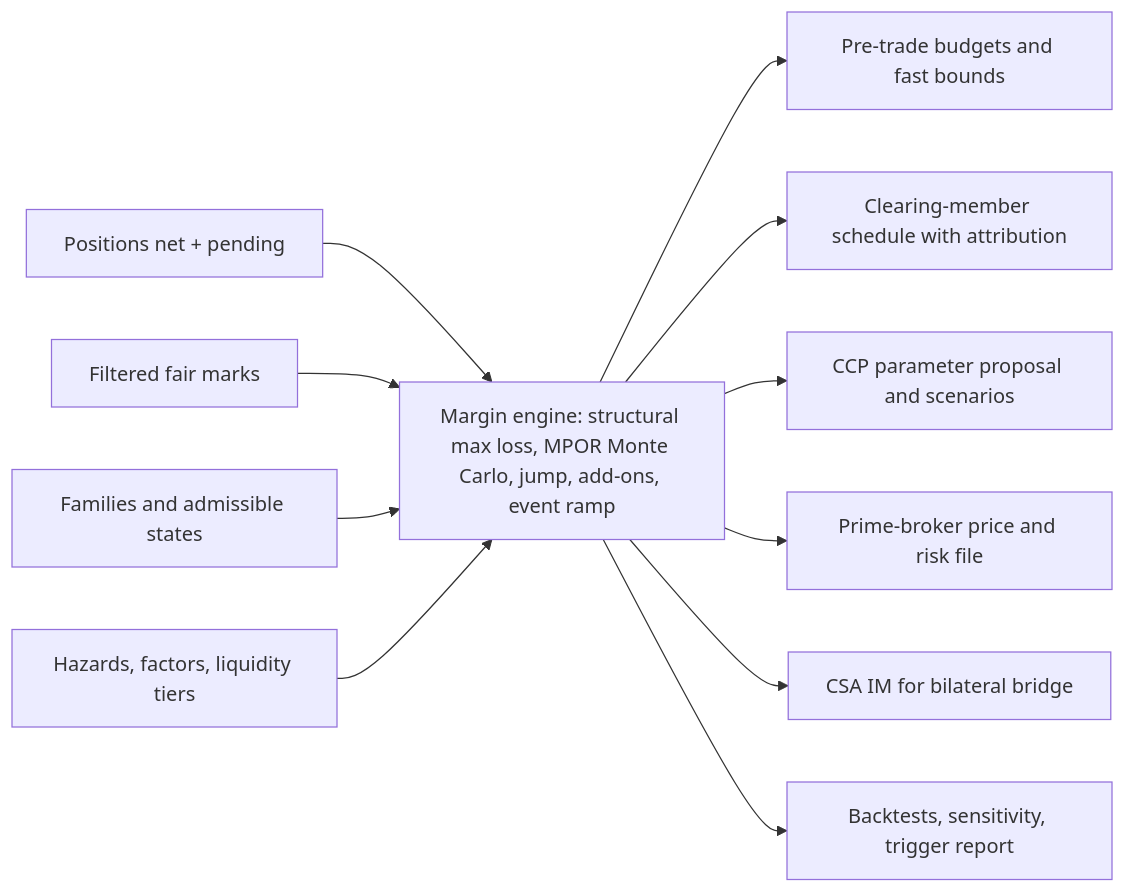
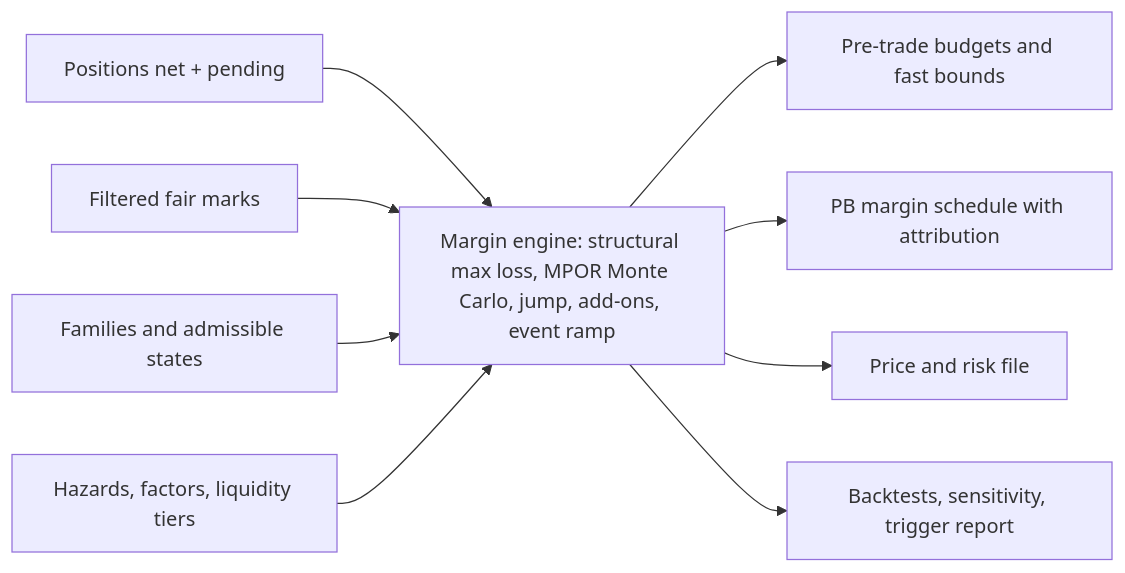
One commit to LevonDerma1221/swans-docs changed the third of 7 diagrams in docs/diagrams.md. Above: the diagram before and after it, drawn with Mermaid. The commit also changed other lines of this file and 34 other files, not shown here.

First line of the commit message:
Bilateral/PB launch model: replace CCP with prime broker throughout

````diff
--- a/docs/diagrams.md
+++ b/docs/diagrams.md
@@ -90,14 +78,12 @@
 ```mermaid
 flowchart LR
   IN1[Positions net + pending] --> E
   IN2[Filtered fair marks] --> E
   IN3[Families and admissible states] --> E
   IN4[Hazards, factors, liquidity tiers] --> E
   E[Margin engine: structural max loss, MPOR Monte Carlo, jump, add-ons, event ramp]
   E --> O1[Pre-trade budgets and fast bounds]
-  E --> O2[Clearing-member schedule with attribution]
-  E --> O3[CCP parameter proposal and scenarios]
-  E --> O4[Prime-broker price and risk file]
-  E --> O5[CSA IM for bilateral bridge]
-  E --> O6[Backtests, sensitivity, trigger report]
+  E --> O2[PB margin schedule with attribution]
+  E --> O3[Price and risk file]
+  E --> O4[Backtests, sensitivity, trigger report]
 ```
````
